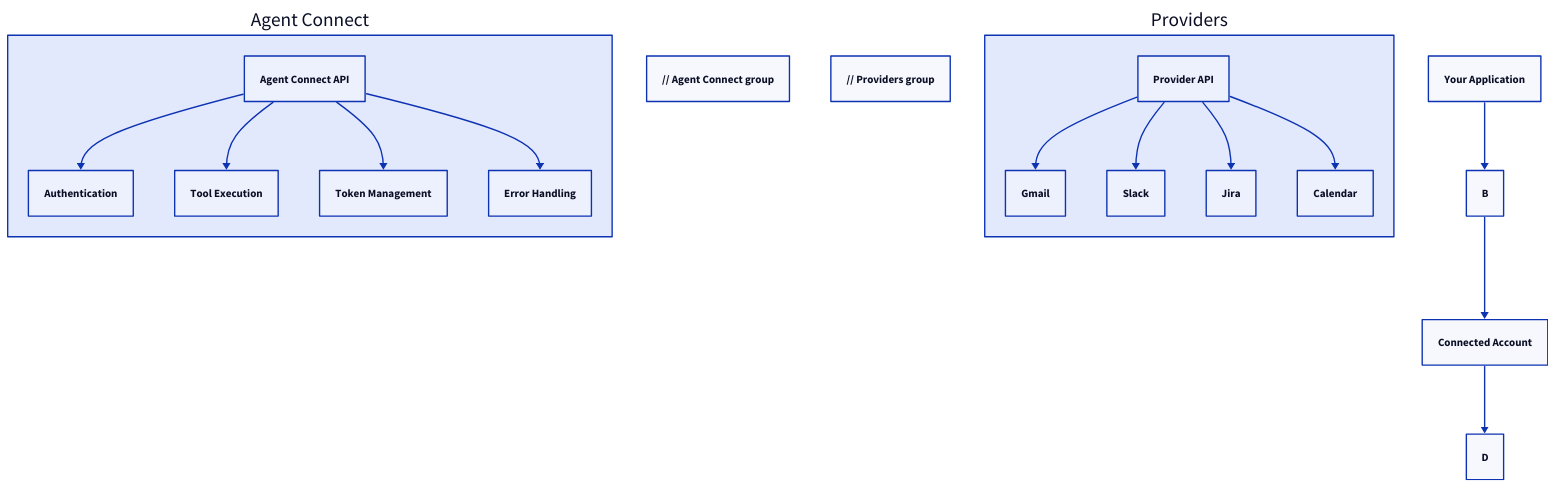
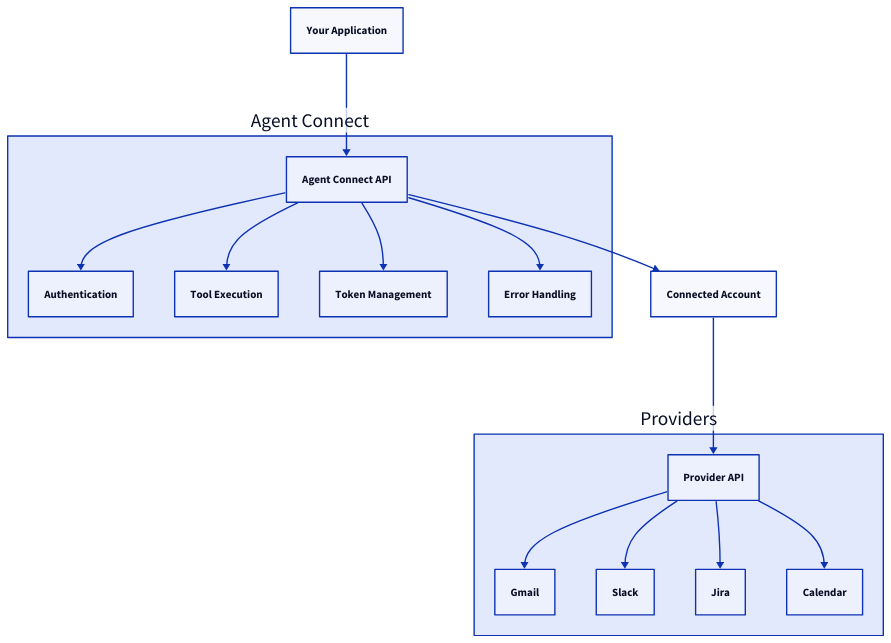
The diagram in src/content/docs/connect/overview.mdx (scalekit-inc/developer-docs), drawn with D2 before and after one commit. The commit also changed other lines of this file and 6 other files, not shown here.

First line of the commit message:
fix: resolve image loading and diagram syntax issues

````diff
--- a/src/content/docs/connect/overview.mdx
+++ b/src/content/docs/connect/overview.mdx
@@ -78,40 +57,36 @@
 ```d2
 direction: down
 
 A: "Your Application"
 C: "Connected Account"
 
-// Agent Connect group
 AgentConnect: {
   label: "Agent Connect"
   B: "Agent Connect API"
   E: "Authentication"
   F: "Tool Execution"
   G: "Token Management"
   H: "Error Handling"
-
   B -> E
   B -> F
   B -> G
   B -> H
 }
 
-// Providers group
 Providers: {
   label: "Providers"
   D: "Provider API"
   I: "Gmail"
   J: "Slack"
   K: "Jira"
   L: "Calendar"
-
   D -> I
   D -> J
   D -> K
   D -> L
 }
 
-A -> B
-B -> C
-C -> D
+A -> AgentConnect.B
+AgentConnect.B -> C
+C -> Providers.D
 ```
````
